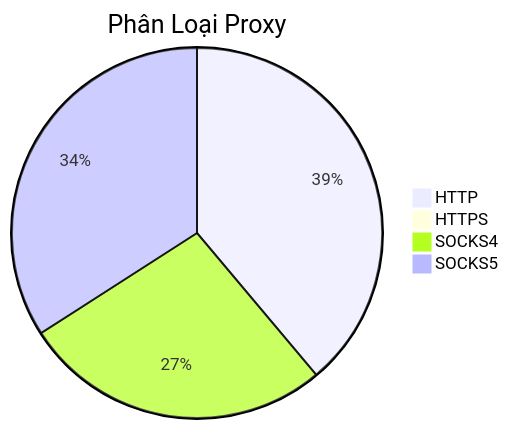
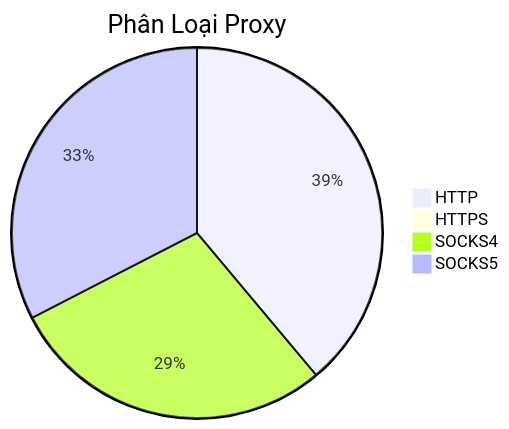
One commit to Ciara-12/PROXY-free changed the diagram in README.md. Above: the diagram before and after it, drawn with Mermaid. The commit also changed other lines of this file and 4 other files, not shown here.

````diff
--- a/README.md
+++ b/README.md
@@ -26,7 +26,7 @@
 ```mermaid
 pie title Phân Loại Proxy
-    "HTTP" : 414
-    "HTTPS" : 1
-    "SOCKS4" : 288
-    "SOCKS5" : 363
+    "HTTP" : 387
+    "HTTPS" : 0
+    "SOCKS4" : 284
+    "SOCKS5" : 324
 ```
````
